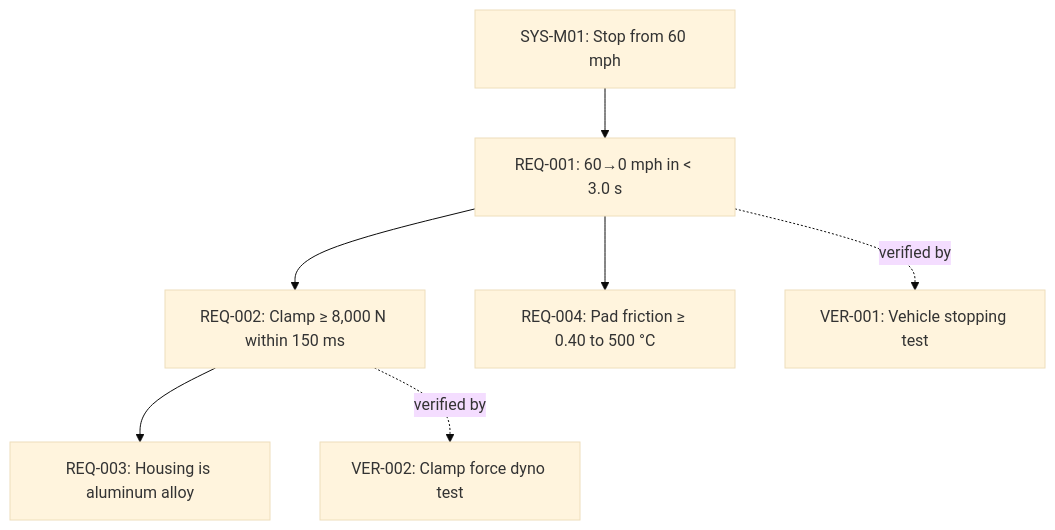
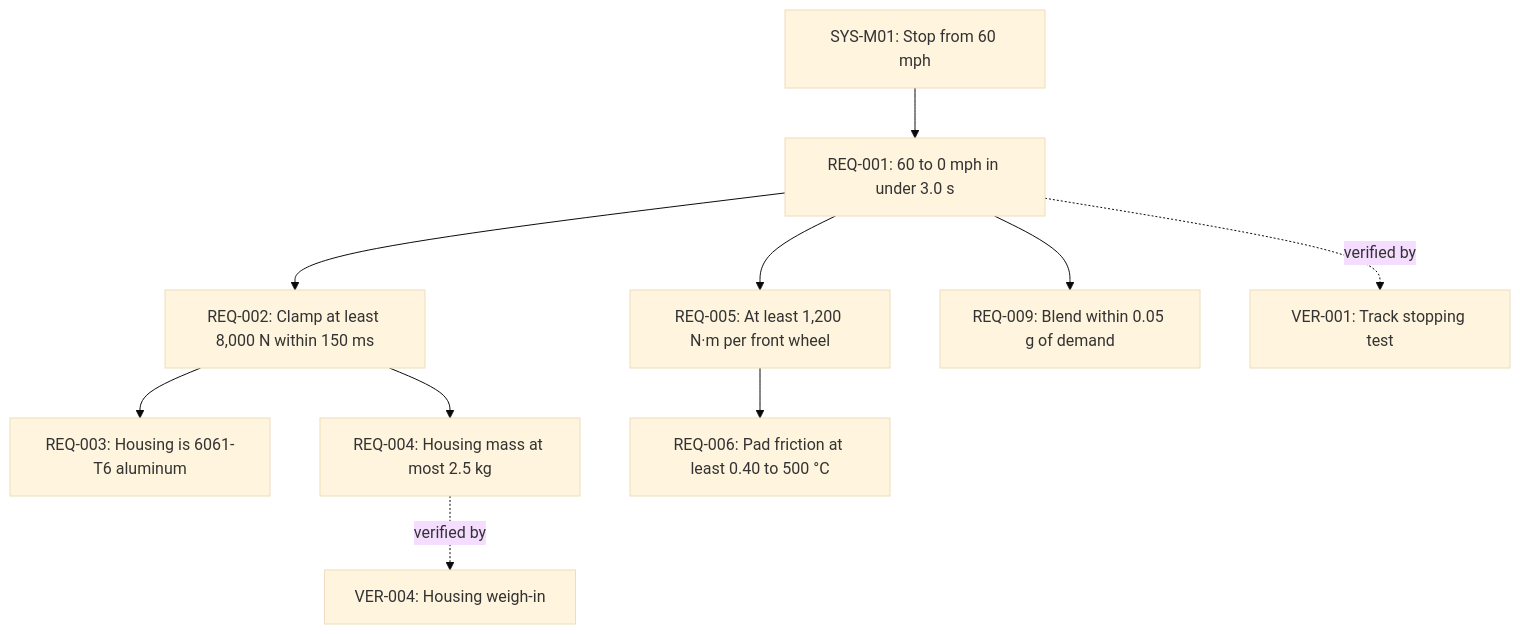
One commit to sweetscientist/systems-engineering-skill changed the third of 3 diagrams in README.md. Above: the diagram before and after it, drawn with Mermaid (base theme). The commit also changed other lines of this file, not shown here.

````diff
--- a/README.md
+++ b/README.md
@@ -197,9 +265,12 @@
-  ```mermaid
-  flowchart TD
-    SYS_M01["SYS-M01: Stop from 60 mph"] --> REQ_001["REQ-001: 60→0 mph in < 3.0 s"]
-    REQ_001 --> REQ_002["REQ-002: Clamp ≥ 8,000 N within 150 ms"]
-    REQ_001 --> REQ_004["REQ-004: Pad friction ≥ 0.40 to 500 °C"]
-    REQ_002 --> REQ_003["REQ-003: Housing is aluminum alloy"]
-    REQ_001 -. verified by .-> VER_001["VER-001: Vehicle stopping test"]
-    REQ_002 -. verified by .-> VER_002["VER-002: Clamp force dyno test"]
-  ```
+```mermaid
+flowchart TD
+  SYS_M01["SYS-M01: Stop from 60 mph"] --> REQ_001["REQ-001: 60 to 0 mph in under 3.0 s"]
+  REQ_001 --> REQ_002["REQ-002: Clamp at least 8,000 N within 150 ms"]
+  REQ_001 --> REQ_005["REQ-005: At least 1,200 N·m per front wheel"]
+  REQ_001 --> REQ_009["REQ-009: Blend within 0.05 g of demand"]
+  REQ_002 --> REQ_003["REQ-003: Housing is 6061-T6 aluminum"]
+  REQ_002 --> REQ_004["REQ-004: Housing mass at most 2.5 kg"]
+  REQ_005 --> REQ_006["REQ-006: Pad friction at least 0.40 to 500 °C"]
+  REQ_001 -. verified by .-> VER_001["VER-001: Track stopping test"]
+  REQ_004 -. verified by .-> VER_004["VER-004: Housing weigh-in"]
+```
````
